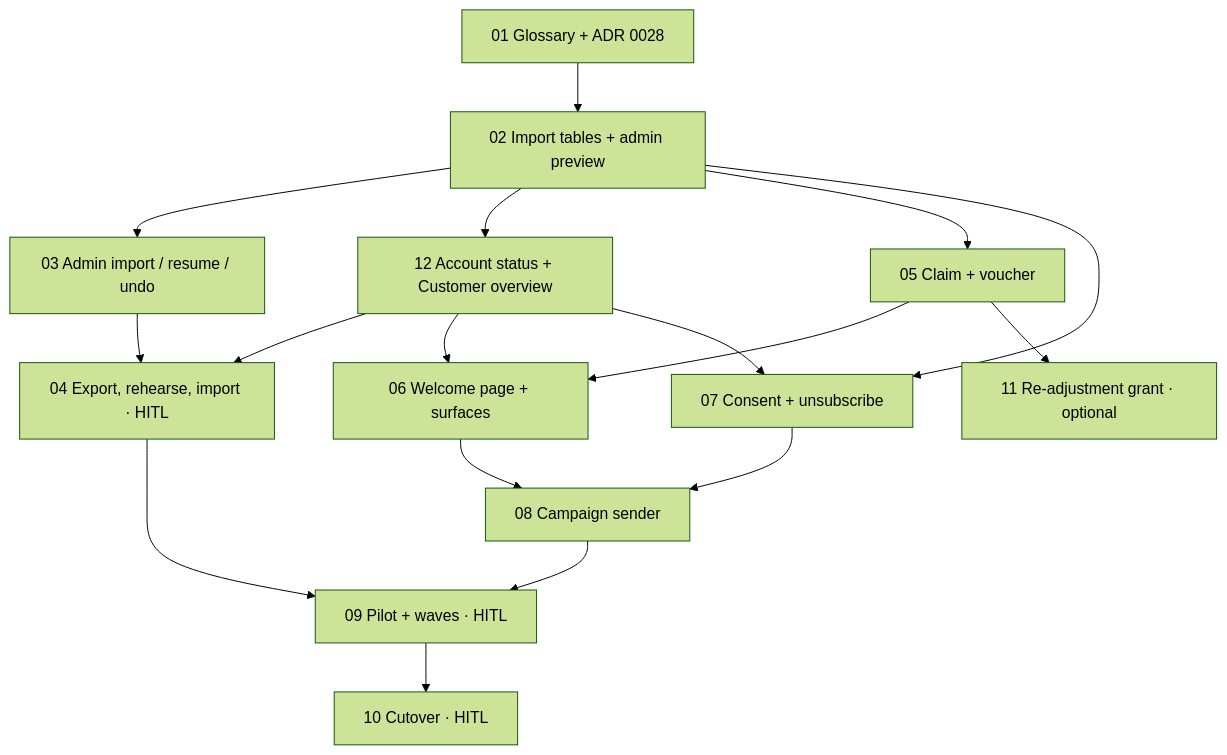
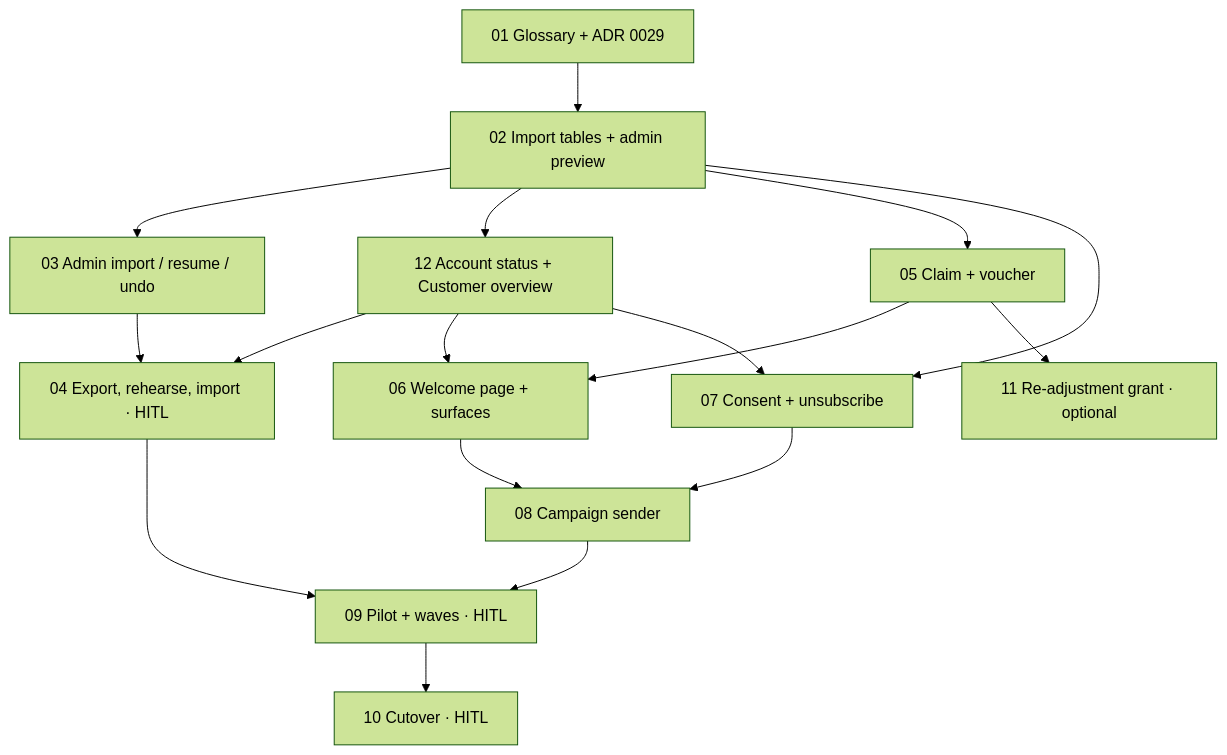
One commit to ivanyeors/mp changed the diagram in .claude/PRD-shopify-customer-migration/issues/README.md. Above: the diagram before and after it, drawn with Mermaid (forest theme). The commit also changed other lines of this file and 130 other files, not shown here.

````diff
--- a/.claude/PRD-shopify-customer-migration/issues/README.md
+++ b/.claude/PRD-shopify-customer-migration/issues/README.md
@@ -28,32 +28,32 @@
 ```mermaid
 graph TD
-  s01[01 Glossary + ADR 0028]
+  s01[01 Glossary + ADR 0029]
   s02[02 Import tables + admin preview]
   s03[03 Admin import / resume / undo]
   s12[12 Account status + Customer overview]
   s04[04 Export, rehearse, import · HITL]
   s05[05 Claim + voucher]
   s06[06 Welcome page + surfaces]
   s07[07 Consent + unsubscribe]
   s08[08 Campaign sender]
   s09[09 Pilot + waves · HITL]
   s10[10 Cutover · HITL]
   s11[11 Re-adjustment grant · optional]
 
   s01 --> s02
   s02 --> s03
   s02 --> s12
   s03 --> s04
   s12 --> s04
   s12 --> s06
   s02 --> s05
   s05 --> s06
   s02 --> s07
   s12 --> s07
   s06 --> s08
   s07 --> s08
   s04 --> s09
   s08 --> s09
   s09 --> s10
   s05 --> s11
 ```
````
